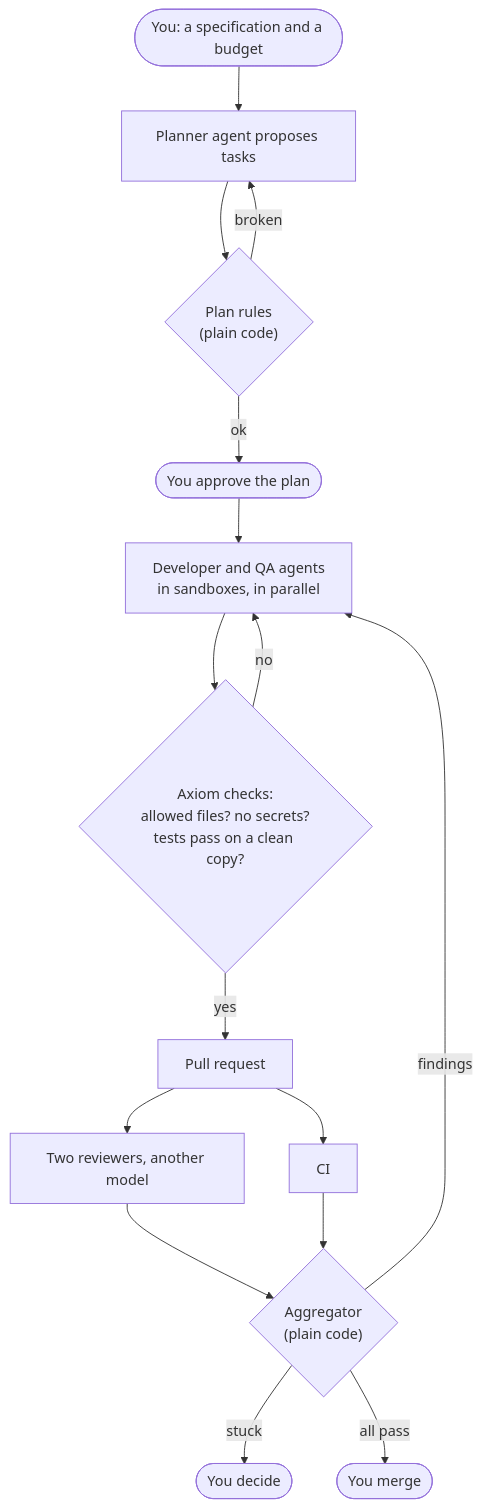
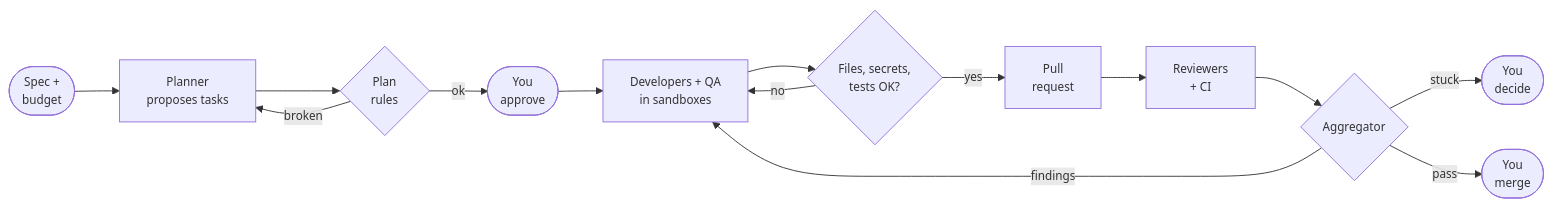
The first of 4 diagrams in docs/blog/axiom-learning-ai-engineering-org.md (bharathcmbox/axiom), drawn with Mermaid before and after one commit. The commit also changed other lines of this file, not shown here.

Commit message:
Blog post: compact horizontal flow; a chat-assistant vs Axiom comparison diagram

````diff
--- a/docs/blog/axiom-learning-ai-engineering-org.md
+++ b/docs/blog/axiom-learning-ai-engineering-org.md
@@ -42,18 +42,17 @@
 ```mermaid
-flowchart TB
-    spec(["You: a specification and a budget"]) --> plan["Planner agent proposes tasks"]
-    plan --> rules{"Plan rules<br/>(plain code)"}
+%%{init: {"themeVariables": {"fontSize": "13px"}}}%%
+flowchart LR
+    spec(["Spec +<br/>budget"]) --> plan["Planner<br/>proposes tasks"]
+    plan --> rules{"Plan<br/>rules"}
     rules -->|broken| plan
-    rules -->|ok| approve(["You approve the plan"])
-    approve --> dev["Developer and QA agents<br/>in sandboxes, in parallel"]
-    dev --> check{"Axiom checks:<br/>allowed files? no secrets?<br/>tests pass on a clean copy?"}
+    rules -->|ok| approve(["You<br/>approve"])
+    approve --> dev["Developers + QA<br/>in sandboxes"]
+    dev --> check{"Files, secrets,<br/>tests OK?"}
     check -->|no| dev
-    check -->|yes| pr["Pull request"]
-    pr --> rev["Two reviewers, another model"]
-    pr --> ci["CI"]
-    rev --> agg{"Aggregator<br/>(plain code)"}
-    ci --> agg
+    check -->|yes| pr["Pull<br/>request"]
+    pr --> rev["Reviewers<br/>+ CI"]
+    rev --> agg{"Aggregator"}
     agg -->|findings| dev
-    agg -->|stuck| you2(["You decide"])
-    agg -->|all pass| merge(["You merge"])
+    agg -->|stuck| you2(["You<br/>decide"])
+    agg -->|pass| merge(["You<br/>merge"])
 ```
````
